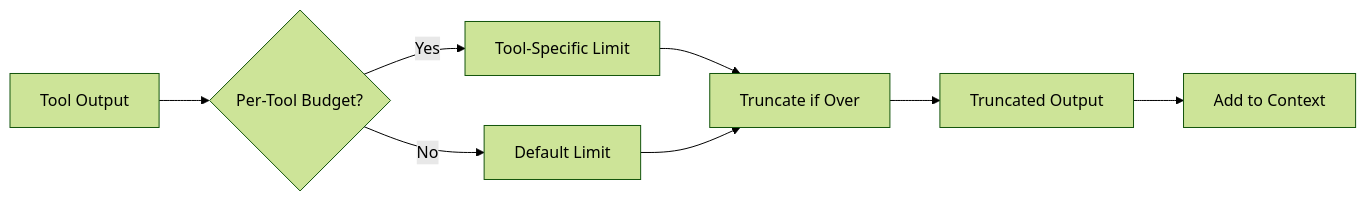
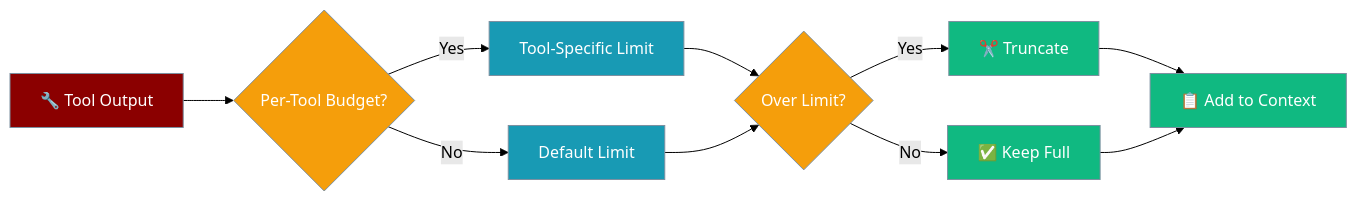
One commit to MervinPraison/PraisonAIDocs changed the first of 2 diagrams in docs/features/context-per-tool-budgets.mdx. Above: the diagram before and after it, drawn with Mermaid (forest theme). The commit also changed other lines of this file, not shown here.

First line of the commit message:
docs: fix context-per-tool-budgets.mdx AGENTS.md compliance

````diff
--- a/docs/features/context-per-tool-budgets.mdx
+++ b/docs/features/context-per-tool-budgets.mdx
@@ -27,10 +10,22 @@
 ```mermaid
 graph LR
-    A[Tool Output] --> B{Per-Tool Budget?}
+    A[🔧 Tool Output] --> B{Per-Tool Budget?}
     B -->|Yes| C[Tool-Specific Limit]
     B -->|No| D[Default Limit]
-    C --> E[Truncate if Over]
+    C --> E{Over Limit?}
     D --> E
-    E --> F[Truncated Output]
-    F --> G[Add to Context]
+    E -->|Yes| F[✂️ Truncate]
+    E -->|No| G[✅ Keep Full]
+    F --> H[📋 Add to Context]
+    G --> H
+
+    classDef tool fill:#8B0000,stroke:#7C90A0,color:#fff
+    classDef check fill:#F59E0B,stroke:#7C90A0,color:#fff
+    classDef limit fill:#189AB4,stroke:#7C90A0,color:#fff
+    classDef ok fill:#10B981,stroke:#7C90A0,color:#fff
+
+    class A tool
+    class B,E check
+    class C,D limit
+    class F,G,H ok
 ```
````
